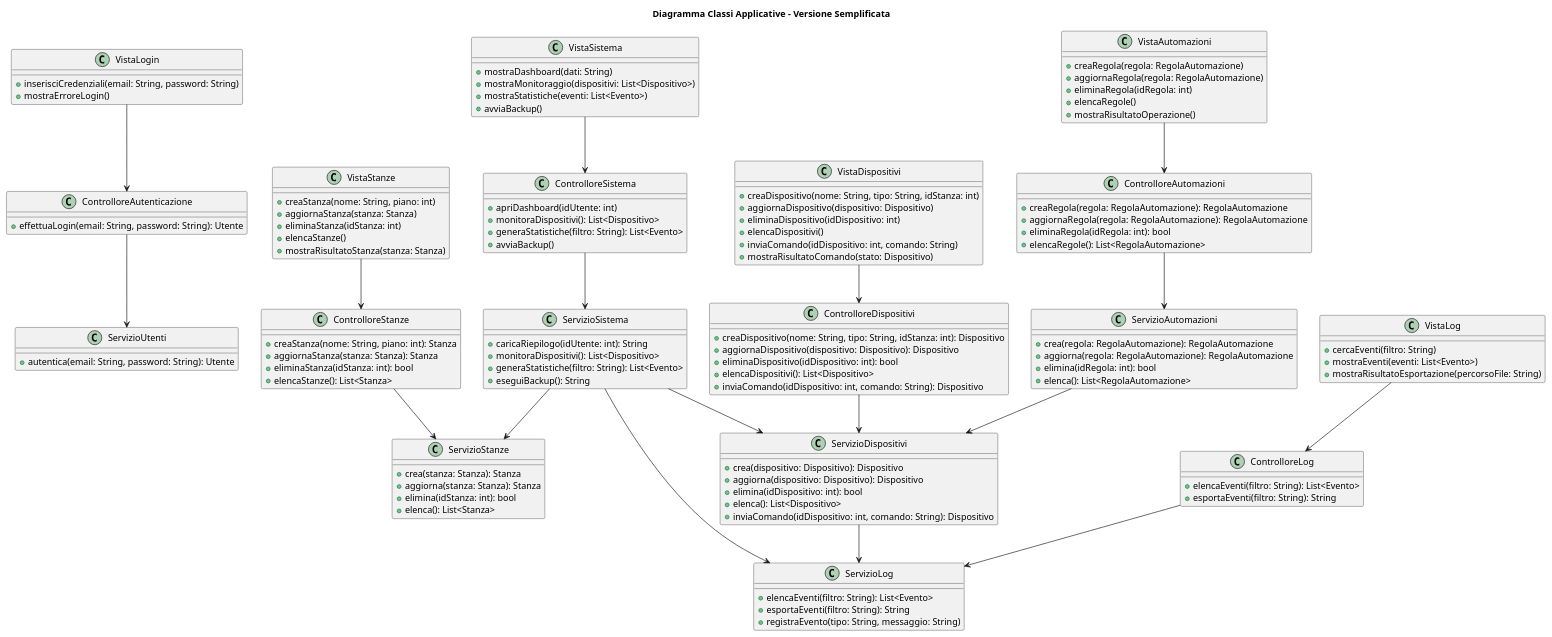
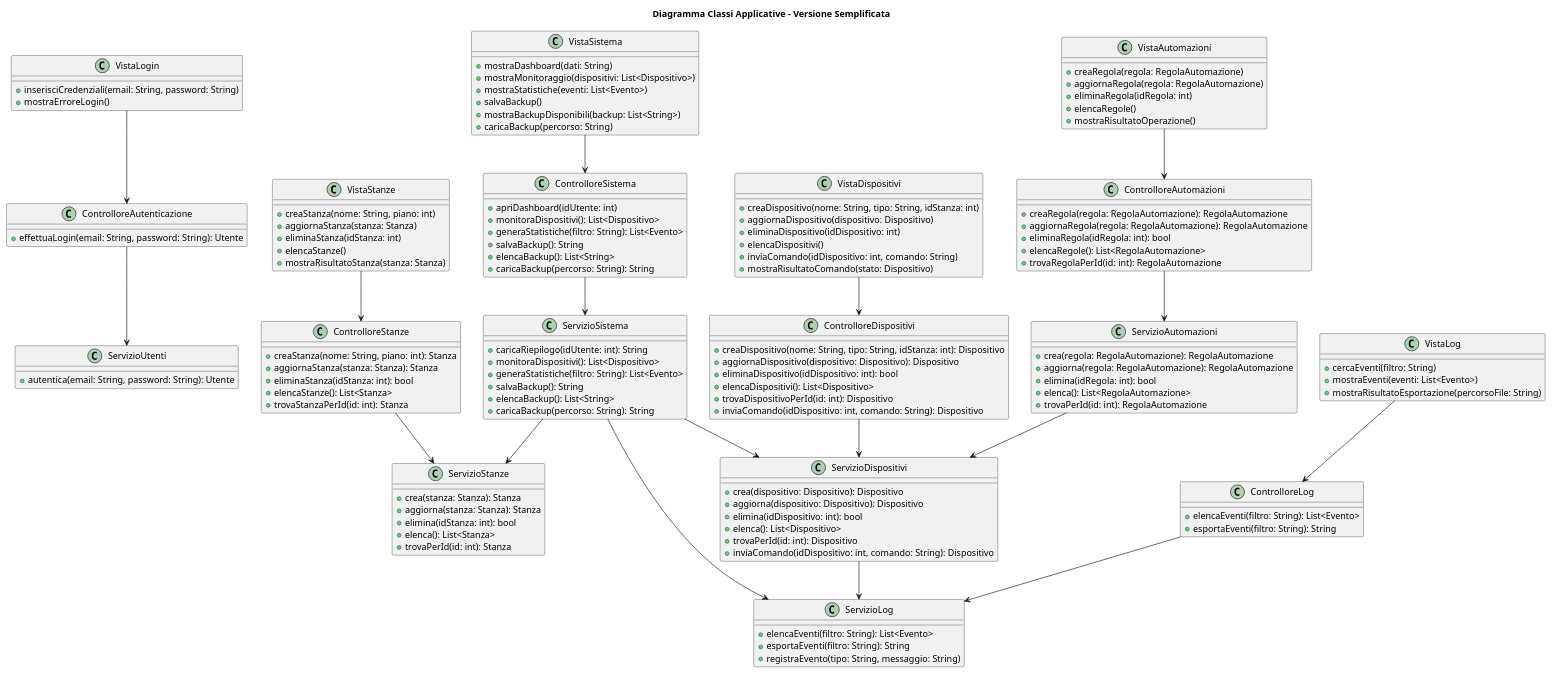
Before and after one commit to LapoCremonesi/ingegneria_del_software: the diagram in diagramma_classi/classi_applicative.puml, drawn with PlantUML. The commit also changed 57 other files, not shown here.

```diff
--- a/diagramma_classi/classi_applicative.puml
+++ b/diagramma_classi/classi_applicative.puml
@@ -1,147 +1,159 @@
 @startuml
 title Diagramma Classi Applicative - Versione Semplificata
 
 ' ==================== VISTE ====================
 class VistaLogin {
   +inserisciCredenziali(email: String, password: String)
   +mostraErroreLogin()
 }
 
 class VistaStanze {
   +creaStanza(nome: String, piano: int)
   +aggiornaStanza(stanza: Stanza)
   +eliminaStanza(idStanza: int)
   +elencaStanze()
   +mostraRisultatoStanza(stanza: Stanza)
 }
 
 class VistaDispositivi {
   +creaDispositivo(nome: String, tipo: String, idStanza: int)
   +aggiornaDispositivo(dispositivo: Dispositivo)
   +eliminaDispositivo(idDispositivo: int)
   +elencaDispositivi()
   +inviaComando(idDispositivo: int, comando: String)
   +mostraRisultatoComando(stato: Dispositivo)
 }
 
 class VistaAutomazioni {
   +creaRegola(regola: RegolaAutomazione)
   +aggiornaRegola(regola: RegolaAutomazione)
   +eliminaRegola(idRegola: int)
   +elencaRegole()
   +mostraRisultatoOperazione()
 }
 
 class VistaLog {
   +cercaEventi(filtro: String)
   +mostraEventi(eventi: List<Evento>)
   +mostraRisultatoEsportazione(percorsoFile: String)
 }
 
 class VistaSistema {
   +mostraDashboard(dati: String)
   +mostraMonitoraggio(dispositivi: List<Dispositivo>)
   +mostraStatistiche(eventi: List<Evento>)
-  +avviaBackup()
+  +salvaBackup()
+  +mostraBackupDisponibili(backup: List<String>)
+  +caricaBackup(percorso: String)
 }
 
 ' ==================== CONTROLLORI ====================
 class ControlloreAutenticazione {
   +effettuaLogin(email: String, password: String): Utente
 }
 
 class ControlloreStanze {
   +creaStanza(nome: String, piano: int): Stanza
   +aggiornaStanza(stanza: Stanza): Stanza
   +eliminaStanza(idStanza: int): bool
   +elencaStanze(): List<Stanza>
+  +trovaStanzaPerId(id: int): Stanza
 }
 
 class ControlloreDispositivi {
   +creaDispositivo(nome: String, tipo: String, idStanza: int): Dispositivo
   +aggiornaDispositivo(dispositivo: Dispositivo): Dispositivo
   +eliminaDispositivo(idDispositivo: int): bool
   +elencaDispositivi(): List<Dispositivo>
+  +trovaDispositivoPerId(id: int): Dispositivo
   +inviaComando(idDispositivo: int, comando: String): Dispositivo
 }
 
 class ControlloreAutomazioni {
   +creaRegola(regola: RegolaAutomazione): RegolaAutomazione
   +aggiornaRegola(regola: RegolaAutomazione): RegolaAutomazione
   +eliminaRegola(idRegola: int): bool
   +elencaRegole(): List<RegolaAutomazione>
+  +trovaRegolaPerId(id: int): RegolaAutomazione
 }
 
 class ControlloreLog {
   +elencaEventi(filtro: String): List<Evento>
   +esportaEventi(filtro: String): String
 }
 
 class ControlloreSistema {
   +apriDashboard(idUtente: int)
   +monitoraDispositivi(): List<Dispositivo>
   +generaStatistiche(filtro: String): List<Evento>
-  +avviaBackup()
+  +salvaBackup(): String
+  +elencaBackup(): List<String>
+  +caricaBackup(percorso: String): String
 }
 
 ' ==================== SERVIZI ====================
 class ServizioUtenti {
   +autentica(email: String, password: String): Utente
 }
 
 class ServizioStanze {
   +crea(stanza: Stanza): Stanza
   +aggiorna(stanza: Stanza): Stanza
   +elimina(idStanza: int): bool
   +elenca(): List<Stanza>
+  +trovaPerId(id: int): Stanza
 }
 
 class ServizioDispositivi {
   +crea(dispositivo: Dispositivo): Dispositivo
   +aggiorna(dispositivo: Dispositivo): Dispositivo
   +elimina(idDispositivo: int): bool
   +elenca(): List<Dispositivo>
+  +trovaPerId(id: int): Dispositivo
   +inviaComando(idDispositivo: int, comando: String): Dispositivo
 }
 
 class ServizioAutomazioni {
   +crea(regola: RegolaAutomazione): RegolaAutomazione
   +aggiorna(regola: RegolaAutomazione): RegolaAutomazione
   +elimina(idRegola: int): bool
   +elenca(): List<RegolaAutomazione>
+  +trovaPerId(id: int): RegolaAutomazione
 }
 
 class ServizioLog {
   +elencaEventi(filtro: String): List<Evento>
   +esportaEventi(filtro: String): String
   +registraEvento(tipo: String, messaggio: String)
 }
 
 class ServizioSistema {
   +caricaRiepilogo(idUtente: int): String
   +monitoraDispositivi(): List<Dispositivo>
   +generaStatistiche(filtro: String): List<Evento>
-  +eseguiBackup(): String
+  +salvaBackup(): String
+  +elencaBackup(): List<String>
+  +caricaBackup(percorso: String): String
 }
 
 ' ==================== RELAZIONI ====================
 VistaLogin --> ControlloreAutenticazione
 VistaStanze --> ControlloreStanze
 VistaDispositivi --> ControlloreDispositivi
 VistaAutomazioni --> ControlloreAutomazioni
 VistaLog --> ControlloreLog
 VistaSistema --> ControlloreSistema
 
 ControlloreAutenticazione --> ServizioUtenti
 ControlloreStanze --> ServizioStanze
 ControlloreDispositivi --> ServizioDispositivi
 ControlloreAutomazioni --> ServizioAutomazioni
 ControlloreLog --> ServizioLog
 ControlloreSistema --> ServizioSistema
 
 ServizioDispositivi --> ServizioLog
 ServizioAutomazioni --> ServizioDispositivi
 ServizioSistema --> ServizioDispositivi
 ServizioSistema --> ServizioLog
 ServizioSistema --> ServizioStanze
 @enduml
```
